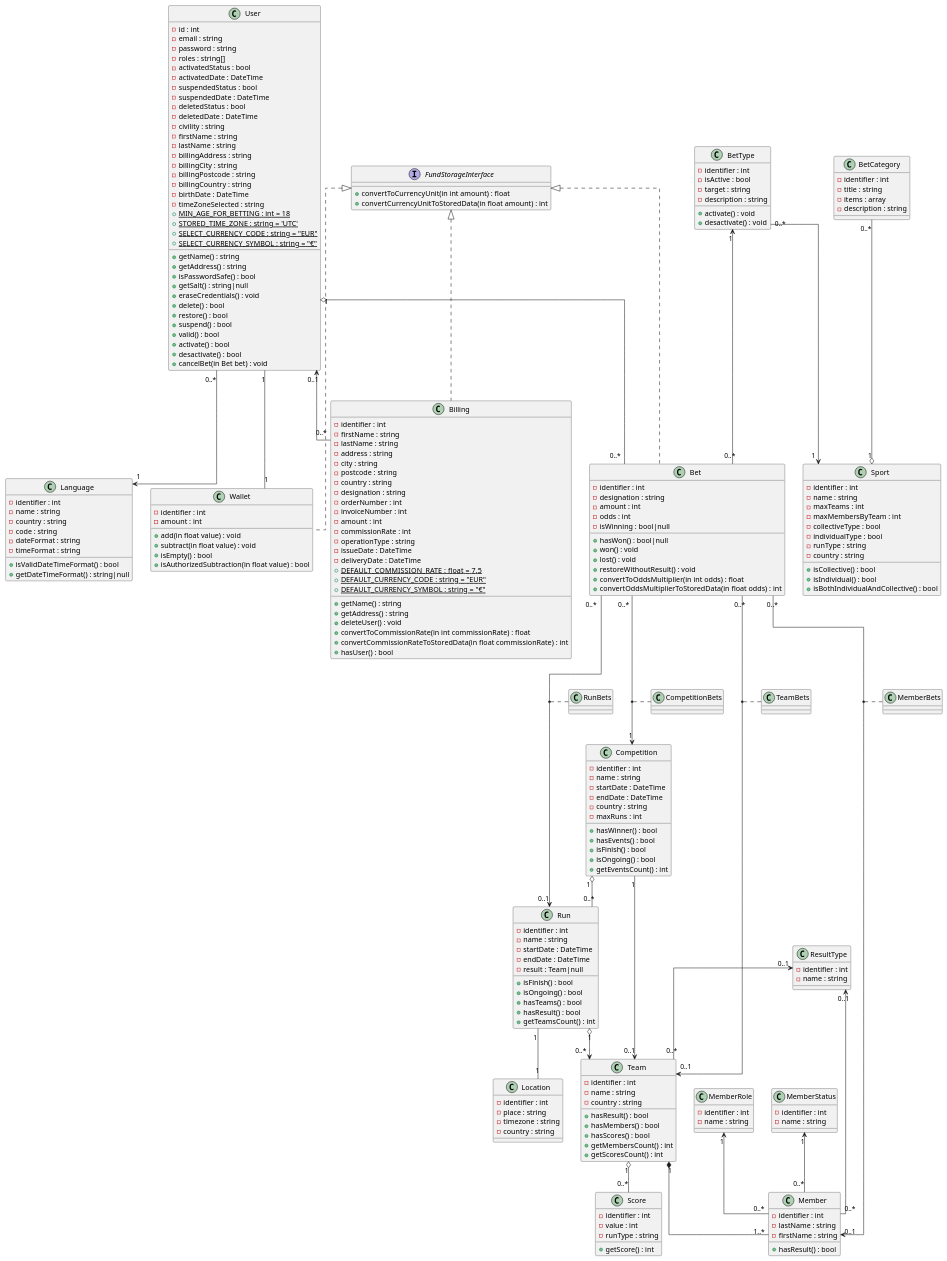
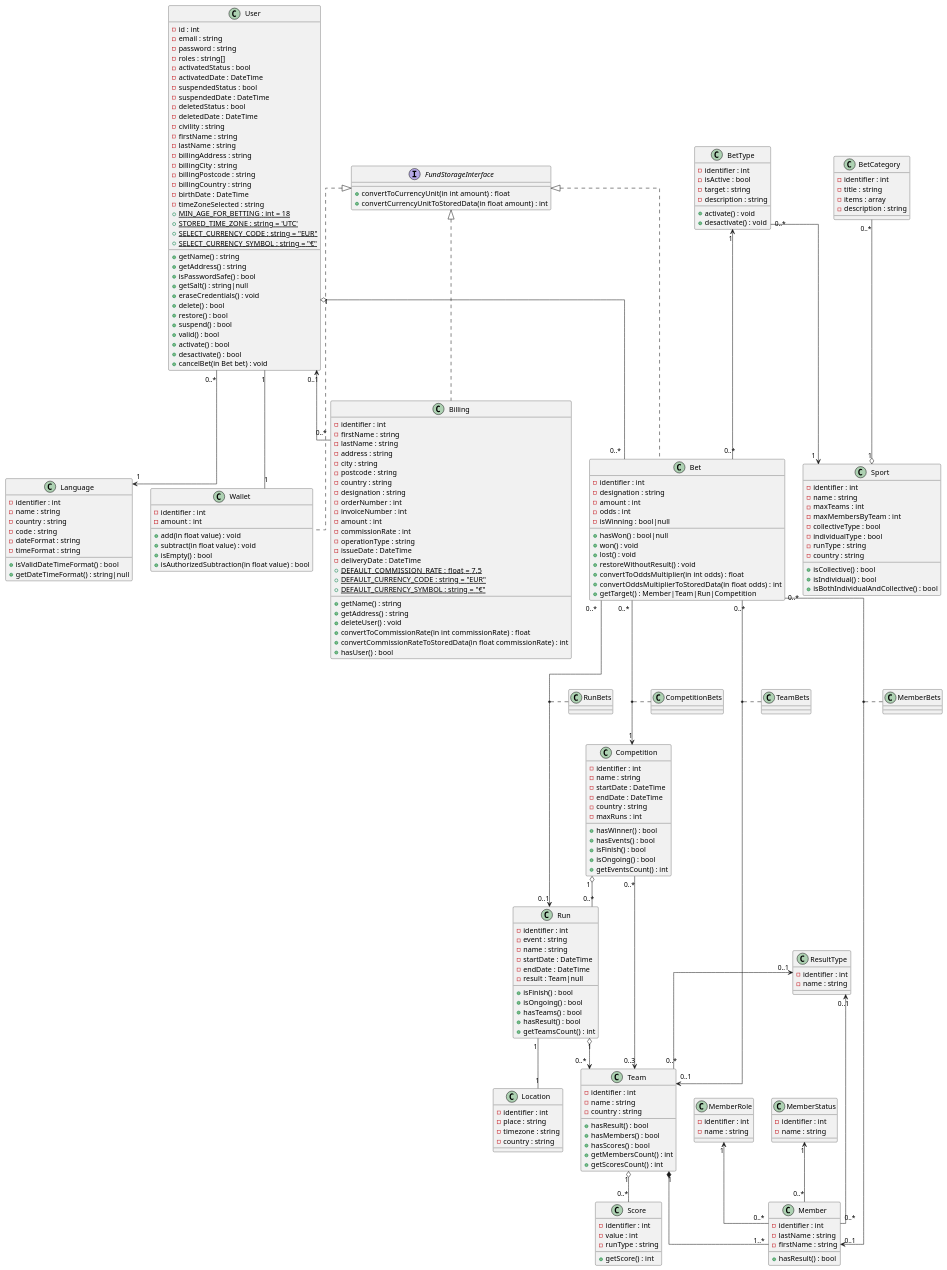
One commit to OFP-CDA-Mulhouse-2020/parisportif5 changed the diagram in docs/Uml/Diagramme_de_classe/Diagramme_de_classe.puml. Above: the diagram before and after it, drawn with PlantUML. The commit also changed 23 other files, not shown here.

```diff
--- a/docs/Uml/Diagramme_de_classe/Diagramme_de_classe.puml
+++ b/docs/Uml/Diagramme_de_classe/Diagramme_de_classe.puml
@@ -17,7 +17,7 @@
     'Une catégorie de paris est lié a un sport
     BetCategory "0..*" --o "1" Sport
     'La compétition a une équipe gagnante
-    Competition "1" --> "0..1" Team
+    Competition "0..*" --> "0..3" Team
     'Une compétition a plusieurs rencontre ou course
     Competition "1" o-- "0..*" Run
     'Une rencontre ou une course a un lieu
@@ -177,6 +177,7 @@
         +restoreWithoutResult() : void
         +convertToOddsMultiplier(in int odds) : float
         +convertOddsMultiplierToStoredData(in float odds) : int
+        +getTarget() : Member|Team|Run|Competition
     }
     'Type de paris (ex: Paris sur la victoire d'1 équipe)
     class BetType {
@@ -232,6 +233,7 @@
     'Un match, une rencontre, une course
     class Run {
         -identifier : int
+        -event : string
         -name : string
         -startDate : DateTime
         -endDate : DateTime
```
